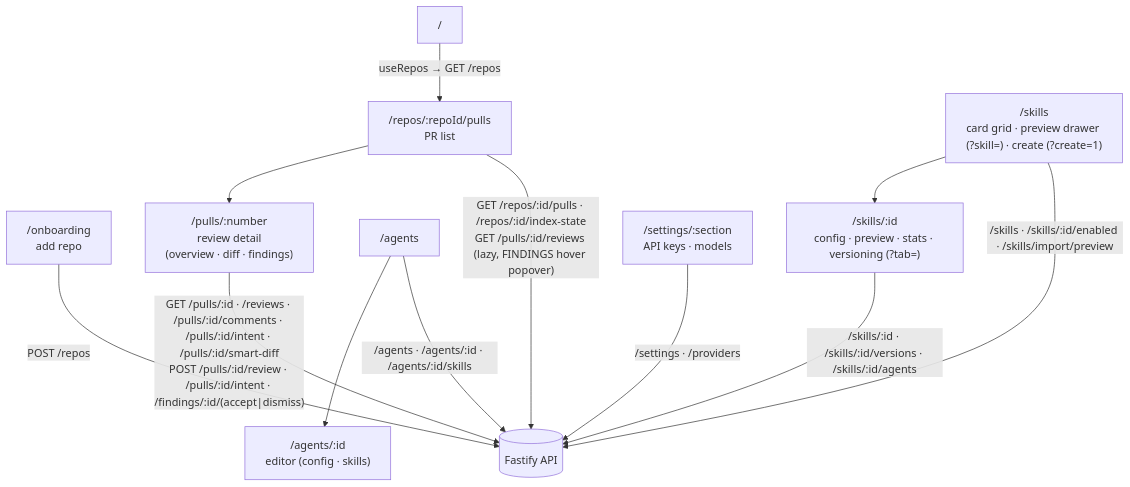
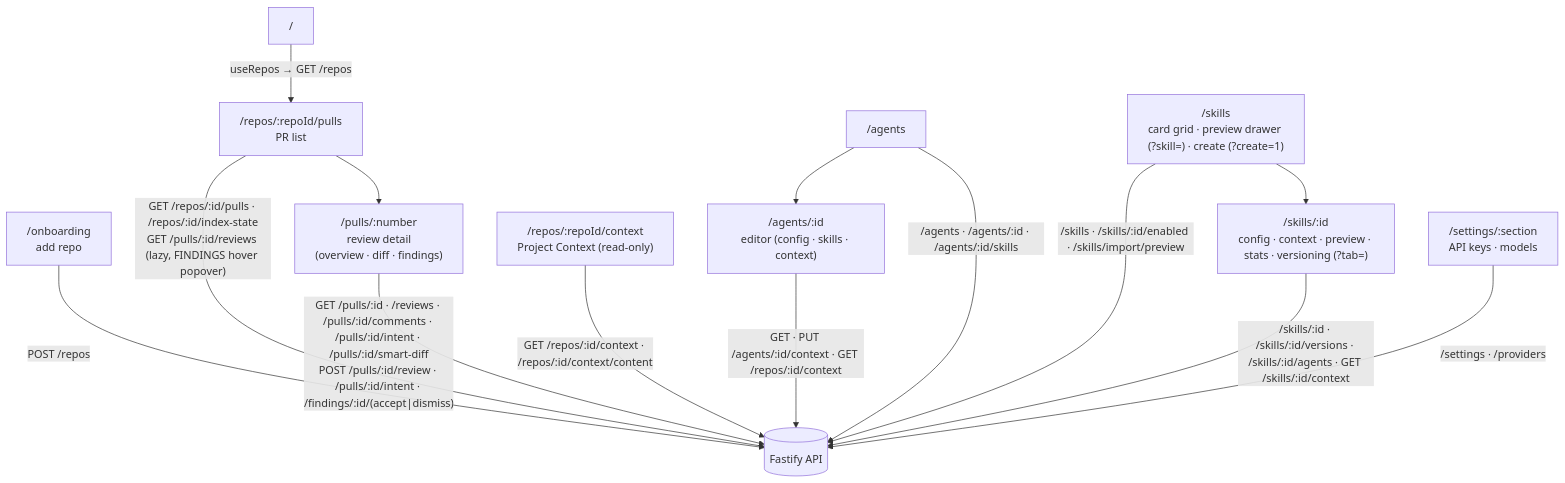
One commit to artemmmon/dev-digest changed the diagram in client/README.md. Above: the diagram before and after it, drawn with Mermaid. The commit also changed 101 other files, not shown here.

First line of the commit message:
feat: project context — attach repository docs to agents and skills (SPEC-10)

````diff
--- a/client/README.md
+++ b/client/README.md
@@ -23,17 +23,20 @@
 ```mermaid
 flowchart TD
   ROOT["/"] -->|"useRepos → GET /repos"| PULLS["/repos/:repoId/pulls<br/>PR list"]
   ONB["/onboarding<br/>add repo"] -->|"POST /repos"| API[("Fastify API")]
   PULLS --> PR["/pulls/:number<br/>review detail<br/>(overview · diff · findings)"]
 
-  AGENTS["/agents"] --> AGENT["/agents/:id<br/>editor (config · skills)"]
-  SKILLS["/skills<br/>card grid · preview drawer (?skill=) · create (?create=1)"] --> SKILL["/skills/:id<br/>config · preview · stats · versioning (?tab=)"]
+  CTX["/repos/:repoId/context<br/>Project Context (read-only)"]
+  AGENTS["/agents"] --> AGENT["/agents/:id<br/>editor (config · skills · context)"]
+  SKILLS["/skills<br/>card grid · preview drawer (?skill=) · create (?create=1)"] --> SKILL["/skills/:id<br/>config · context · preview · stats · versioning (?tab=)"]
   SETTINGS["/settings/:section<br/>API keys · models"]
 
   PULLS -->|"GET /repos/:id/pulls · /repos/:id/index-state<br/>GET /pulls/:id/reviews (lazy, FINDINGS hover popover)"| API
   PR -->|"GET /pulls/:id · /reviews · /pulls/:id/comments · /pulls/:id/intent · /pulls/:id/smart-diff<br/>POST /pulls/:id/review · /pulls/:id/intent · /findings/:id/(accept|dismiss)"| API
+  CTX -->|"GET /repos/:id/context · /repos/:id/context/content"| API
+  AGENT -->|"GET · PUT /agents/:id/context · GET /repos/:id/context"| API
   AGENTS -->|"/agents · /agents/:id · /agents/:id/skills"| API
   SKILLS -->|"/skills · /skills/:id/enabled · /skills/import/preview"| API
-  SKILL -->|"/skills/:id · /skills/:id/versions · /skills/:id/agents"| API
+  SKILL -->|"/skills/:id · /skills/:id/versions · /skills/:id/agents · GET /skills/:id/context"| API
   SETTINGS -->|"/settings · /providers"| API
 ```
````
